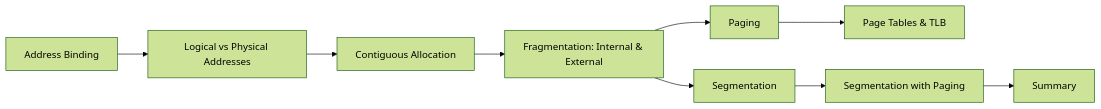
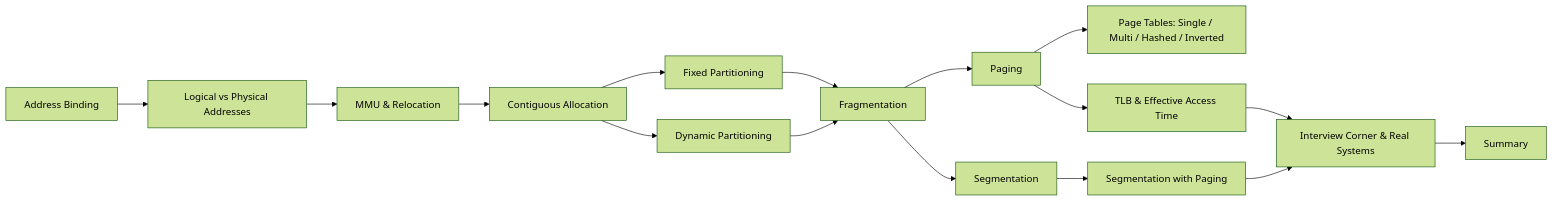
Before and after one commit to Raushan666java/ai-engineering-journey: the diagram in docs/courses/operating-systems/08-memory-management.md, drawn with Mermaid (forest theme). The commit also changed other lines of this file and 17 other files, not shown here.

```diff
--- a/docs/courses/operating-systems/08-memory-management.md
+++ b/docs/courses/operating-systems/08-memory-management.md
@@ -28,11 +32,18 @@
 <div class="mermaid">
 flowchart LR
     A[Address Binding] --> B[Logical vs Physical Addresses]
-    B --> C[Contiguous Allocation]
-    C --> D[Fragmentation: Internal & External]
-    D --> E[Paging]
-    D --> F[Segmentation]
-    E --> G[Page Tables & TLB]
-    F --> H[Segmentation with Paging]
-    H --> I[Summary]
+    B --> C[MMU & Relocation]
+    C --> D[Contiguous Allocation]
+    D --> E[Fixed Partitioning]
+    D --> F[Dynamic Partitioning]
+    E --> G[Fragmentation]
+    F --> G
+    G --> H[Paging]
+    G --> I[Segmentation]
+    H --> J[Page Tables: Single / Multi / Hashed / Inverted]
+    H --> K[TLB & Effective Access Time]
+    I --> L[Segmentation with Paging]
+    K --> M[Interview Corner & Real Systems]
+    L --> M
+    M --> N[Summary]
 </div>
```
